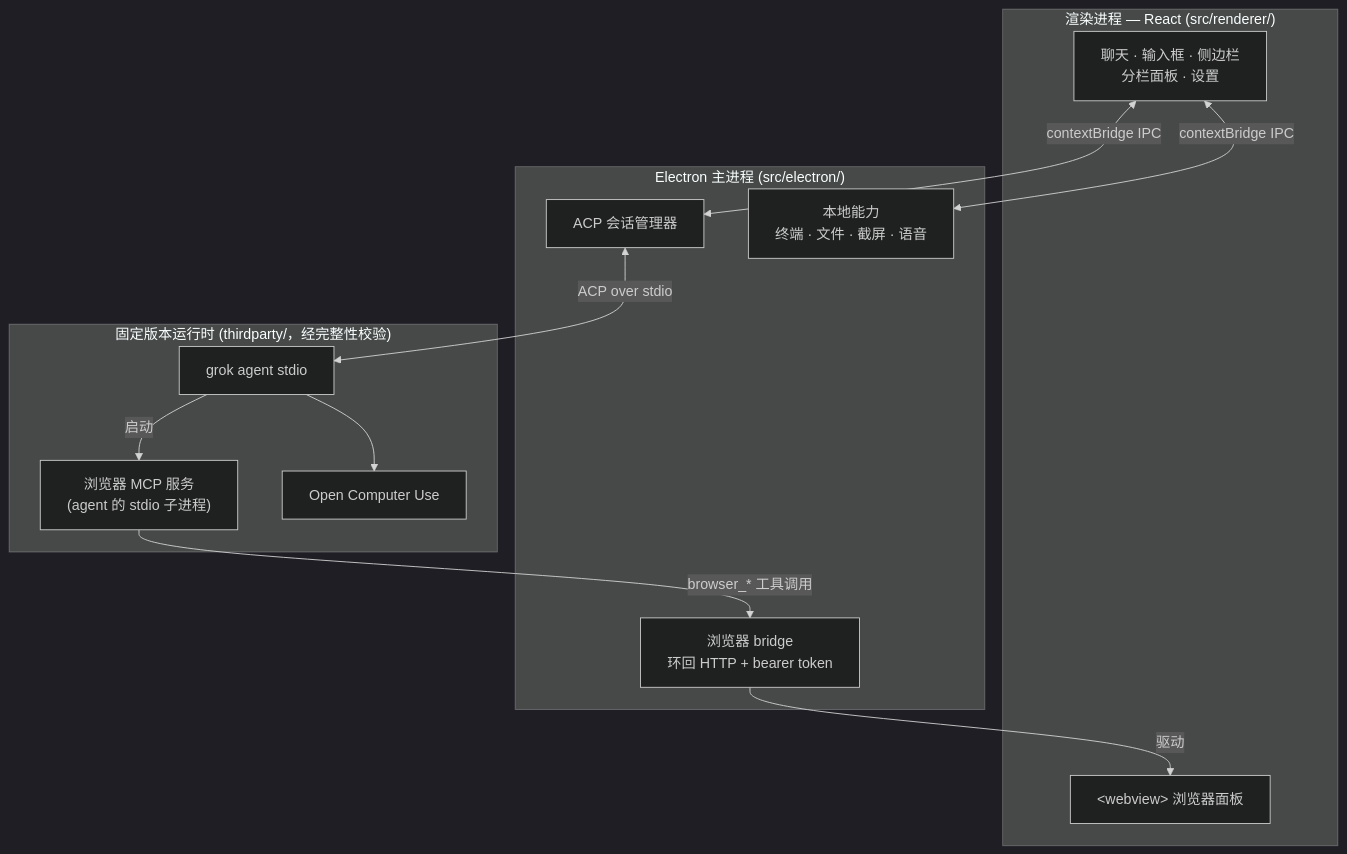
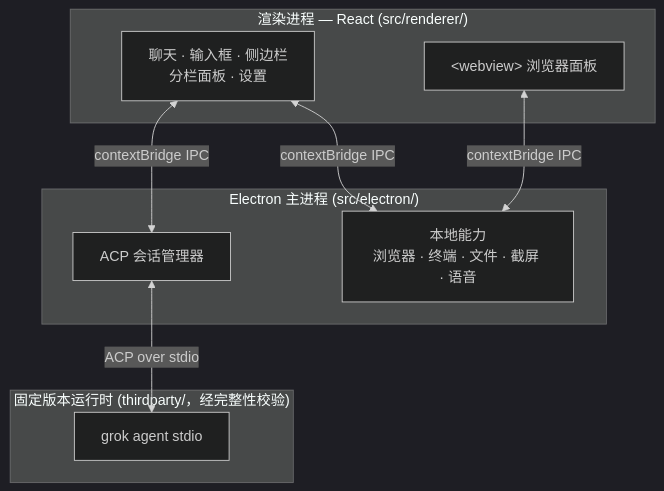
One commit to Azunyan1111/grok-build-gui changed the diagram in README.zh-CN.md. Above: the diagram before and after it, drawn with Mermaid (dark theme). The commit also changed other lines of this file and 96 other files, not shown here.

````diff
--- a/README.zh-CN.md
+++ b/README.zh-CN.md
@@ -108,27 +100,21 @@
 ```mermaid
 flowchart TB
     subgraph renderer["渲染进程 — React (src/renderer/)"]
         UI["聊天 · 输入框 · 侧边栏<br/>分栏面板 · 设置"]
         WV["&lt;webview&gt; 浏览器面板"]
     end
 
     subgraph main["Electron 主进程 (src/electron/)"]
         SESS["ACP 会话管理器"]
-        CAPS["本地能力<br/>终端 · 文件 · 截屏 · 语音"]
-        BRIDGE["浏览器 bridge<br/>环回 HTTP + bearer token"]
+        CAPS["本地能力<br/>浏览器 · 终端 · 文件 · 截屏 · 语音"]
     end
 
     subgraph pinned["固定版本运行时 (thirdparty/，经完整性校验)"]
         AGENT["grok agent stdio"]
-        MCP["浏览器 MCP 服务<br/>(agent 的 stdio 子进程)"]
-        OCU["Open Computer Use"]
     end
 
     UI <-->|contextBridge IPC| SESS
     UI <-->|contextBridge IPC| CAPS
     SESS <-->|"ACP over stdio"| AGENT
-    AGENT -->|启动| MCP
-    MCP -->|"browser_* 工具调用"| BRIDGE
-    BRIDGE -->|驱动| WV
-    AGENT --> OCU
+    WV <-->|contextBridge IPC| CAPS
 ```
````
